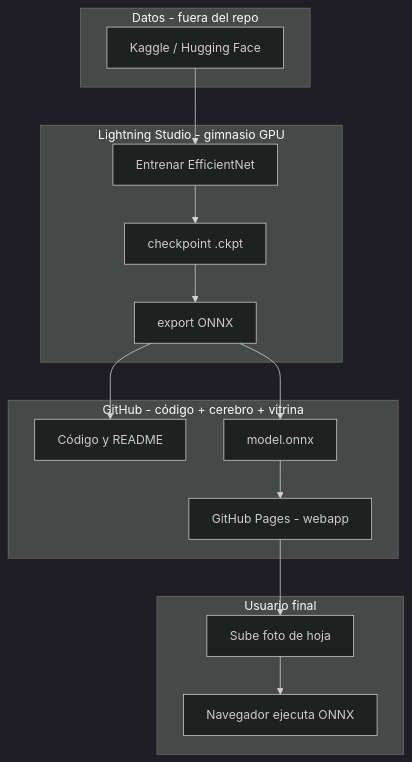
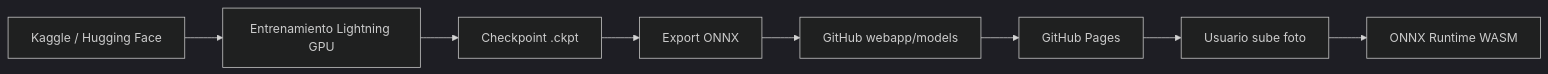
One commit to danielrpo1/plant-disease-detector changed the first of 2 diagrams in README.md. Above: the diagram before and after it, drawn with Mermaid (dark theme). The commit also changed other lines of this file and 6 other files, not shown here.

````diff
--- a/README.md
+++ b/README.md
@@ -94,24 +58,10 @@
 ```mermaid
-flowchart TB
-  subgraph datos [Datos - fuera del repo]
-    K[Kaggle / Hugging Face]
-  end
-  subgraph lightning [Lightning Studio - gimnasio GPU]
-    T[Entrenar EfficientNet]
-    C[checkpoint .ckpt]
-    O[export ONNX]
-  end
-  subgraph github [GitHub - código + cerebro + vitrina]
-    R[Código y README]
-    M[model.onnx]
-    P[GitHub Pages - webapp]
-  end
-  subgraph usuario [Usuario final]
-    U[Sube foto de hoja]
-    N[Navegador ejecuta ONNX]
-  end
-  K --> T --> C --> O --> M
-  O --> R
-  M --> P
-  P --> U --> N
+flowchart LR
+  HF[Kaggle / Hugging Face] --> TR[Entrenamiento Lightning GPU]
+  TR --> CKPT[Checkpoint .ckpt]
+  CKPT --> ONNX[Export ONNX]
+  ONNX --> GH[GitHub webapp/models]
+  GH --> WEB[GitHub Pages]
+  WEB --> USR[Usuario sube foto]
+  USR --> INF[ONNX Runtime WASM]
 ```
````
